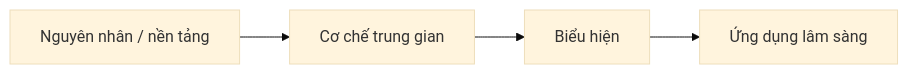
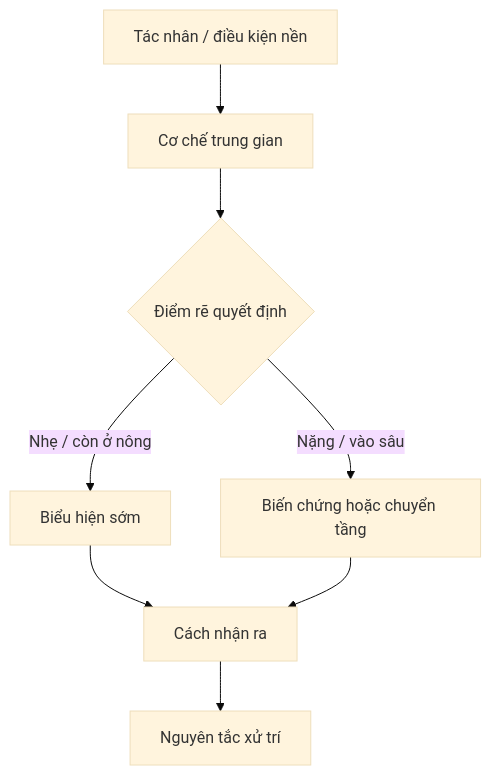
Before and after one commit to NobitaNguyenHung/medical-site: the diagram in src/content/docs/templates/shared/deep-explanation.mdx, drawn with Mermaid (base theme). The commit also changed other lines of this file and 46 other files, not shown here.

````diff
--- a/src/content/docs/templates/shared/deep-explanation.mdx
+++ b/src/content/docs/templates/shared/deep-explanation.mdx
@@ -36,6 +45,10 @@
 ```mermaid
-flowchart LR
-  A[Nguyên nhân / nền tảng] --> B[Cơ chế trung gian]
-  B --> C[Biểu hiện]
-  C --> D[Ứng dụng lâm sàng]
+flowchart TD
+  A["Tác nhân / điều kiện nền"] --> B["Cơ chế trung gian"]
+  B --> C{"Điểm rẽ quyết định"}
+  C -->|Nhẹ / còn ở nông| D["Biểu hiện sớm"]
+  C -->|Nặng / vào sâu| E["Biến chứng hoặc chuyển tầng"]
+  D --> F["Cách nhận ra"]
+  E --> F
+  F --> G["Nguyên tắc xử trí"]
 ```
````
